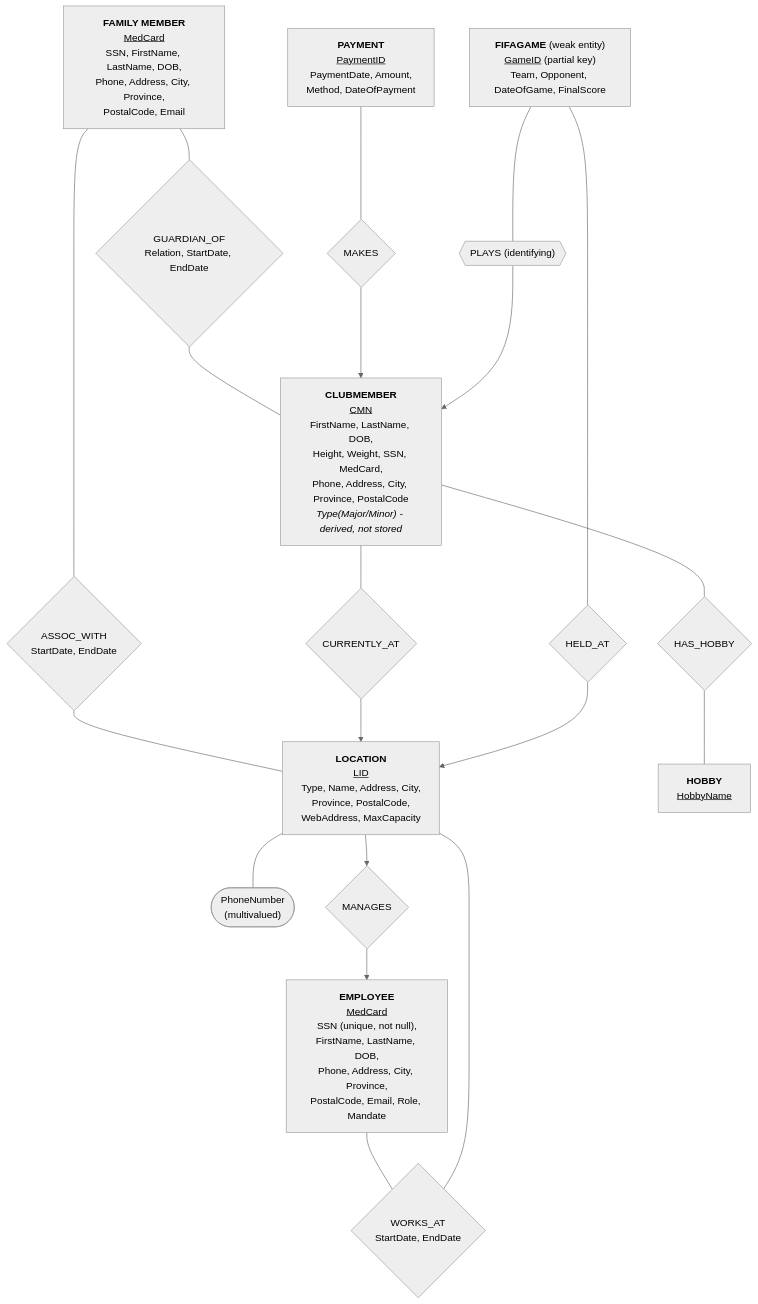
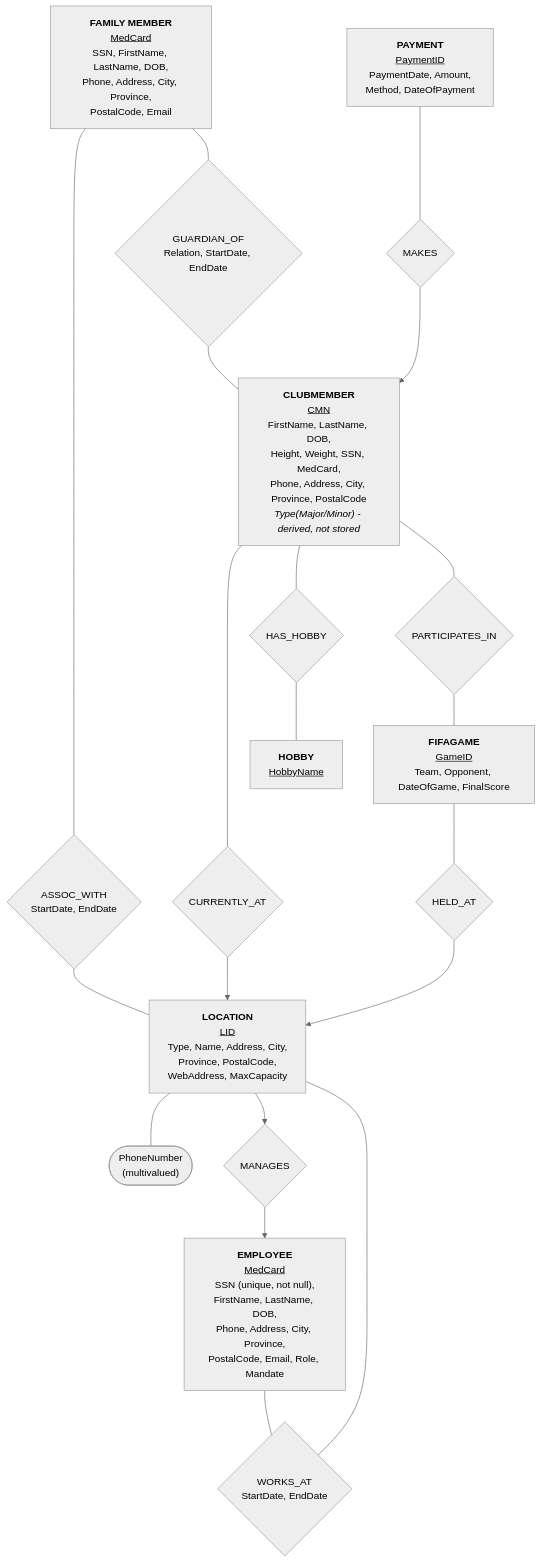
The diagram in docs/CSCS-ER-Model.md (Ach57/cscs-db-353), drawn with Mermaid (neutral theme) before and after one commit. The commit also changed other lines of this file and 1 other file, not shown here.

Commit message:
Fix in diagram: fifaGame independent

````diff
--- a/docs/CSCS-ER-Model.md
+++ b/docs/CSCS-ER-Model.md
@@ -7,69 +7,69 @@
 ```mermaid
 flowchart TD
 
 %% ===== ENTITIES =====
 LOCATION["<b>LOCATION</b><br/><u>LID</u><br/>Type, Name, Address, City,<br/>Province, PostalCode,<br/>WebAddress, MaxCapacity"]
 LOCPHONE(["PhoneNumber<br/>(multivalued)"])
 
 EMPLOYEE["<b>EMPLOYEE</b><br/><u>MedCard</u><br/>SSN (unique, not null),<br/>FirstName, LastName, DOB,<br/>Phone, Address, City, Province,<br/>PostalCode, Email, Role, Mandate"]
 
 MEMBER["<b>FAMILY MEMBER</b><br/><u>MedCard</u><br/>SSN, FirstName, LastName, DOB,<br/>Phone, Address, City, Province,<br/>PostalCode, Email"]
 
 CLUBMEMBER["<b>CLUBMEMBER</b><br/><u>CMN</u><br/>FirstName, LastName, DOB,<br/>Height, Weight, SSN, MedCard,<br/>Phone, Address, City, Province, PostalCode<br/><i>Type(Major/Minor) - derived, not stored</i>"]
 
 HOBBY["<b>HOBBY</b><br/><u>HobbyName</u>"]
 
 PAYMENT["<b>PAYMENT</b><br/><u>PaymentID</u><br/>PaymentDate, Amount,<br/>Method, DateOfPayment"]
 
-FIFAGAME["<b>FIFAGAME</b> (weak entity)<br/><u>GameID</u> (partial key)<br/>Team, Opponent, DateOfGame, FinalScore"]
+FIFAGAME["<b>FIFAGAME</b><br/><u>GameID</u><br/>Team, Opponent, DateOfGame, FinalScore"]
 
 %% ===== RELATIONSHIPS =====
 WORKS_AT{"WORKS_AT<br/>StartDate, EndDate"}
 MANAGES{"MANAGES"}
 ASSOC_LOC{"ASSOC_WITH<br/>StartDate, EndDate"}
 GUARDIAN{"GUARDIAN_OF<br/>Relation, StartDate, EndDate"}
 AT_LOC{"CURRENTLY_AT"}
 HAS_HOBBY{"HAS_HOBBY"}
 MAKES{"MAKES"}
-PLAYS{{"PLAYS (identifying)"}}
+PARTICIPATES{"PARTICIPATES_IN"}
 HELD_AT{"HELD_AT"}
 
 %% ===== EDGES: multivalued attr =====
 LOCATION --- LOCPHONE
 
 %% ===== EDGES: WORKS_AT (M:N, Employee<->Location over time) =====
 EMPLOYEE --- WORKS_AT
 WORKS_AT --- LOCATION
 
 %% ===== EDGES: MANAGES (1:1) =====
 LOCATION --> MANAGES
 MANAGES --> EMPLOYEE
 
 %% ===== EDGES: ASSOC_LOC (M:N, FamilyMember<->Location over time) =====
 MEMBER --- ASSOC_LOC
 ASSOC_LOC --- LOCATION
 
 %% ===== EDGES: GUARDIAN_OF (M:N, FamilyMember<->ClubMember over time) =====
 MEMBER --- GUARDIAN
 GUARDIAN --- CLUBMEMBER
 
 %% ===== EDGES: CURRENTLY_AT (N:1, ClubMember->Location, current only) =====
 CLUBMEMBER --- AT_LOC
 AT_LOC --> LOCATION
 
 %% ===== EDGES: HAS_HOBBY (M:N) =====
 CLUBMEMBER --- HAS_HOBBY
 HAS_HOBBY --- HOBBY
 
 %% ===== EDGES: MAKES (1:N, ClubMember->Payment) =====
 PAYMENT --- MAKES
 MAKES --> CLUBMEMBER
 
-%% ===== EDGES: PLAYS (1:N identifying, ClubMember->FIFAGame) =====
-FIFAGAME --- PLAYS
-PLAYS --> CLUBMEMBER
+%% ===== EDGES: PARTICIPATES_IN (M:N, ClubMember<->FIFAGame) =====
+CLUBMEMBER --- PARTICIPATES
+PARTICIPATES --- FIFAGAME
 
 %% ===== EDGES: HELD_AT (N:1, FIFAGame->Location) =====
 FIFAGAME --- HELD_AT
 HELD_AT --> LOCATION
 ```
````
